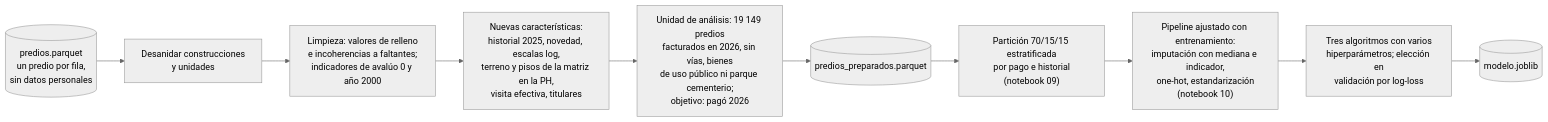
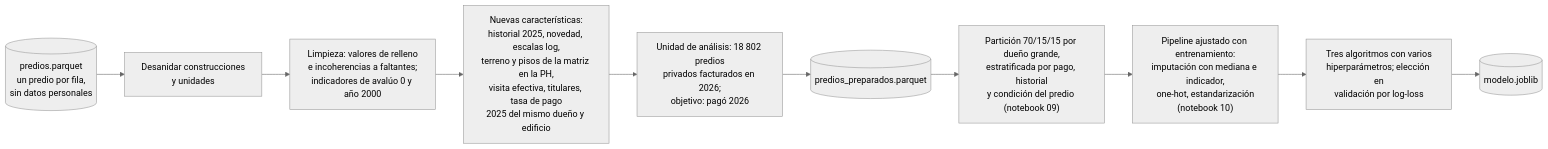
One commit to Danielfts/proyecto-MINE-ciencia-de-datos changed the diagram in entrega-2/diagramas/preparacion.mmd. Above: the diagram before and after it, drawn with Mermaid (neutral theme). The commit also changed 6 other files, not shown here.

First line of the commit message:
Parte los datos por dueño y corrige los hallazgos de la revisión del modelado

```diff
--- a/entrega-2/diagramas/preparacion.mmd
+++ b/entrega-2/diagramas/preparacion.mmd
@@ -1,12 +1,12 @@
 %% Diagrama de bloques de la preparación de datos (actividad 8, recomendado).
 %% Sigue lo que hacen los notebooks 08 (preparación), 09 (partición) y 10 (pipeline).
 flowchart LR
   A[("predios.parquet<br/>un predio por fila,<br/>sin datos personales")] --> B["Desanidar construcciones<br/>y unidades"]
   B --> C["Limpieza: valores de relleno<br/>e incoherencias a faltantes;<br/>indicadores de avalúo 0 y año 2000"]
-  C --> D["Nuevas características:<br/>historial 2025, novedad, escalas log,<br/>terreno y pisos de la matriz en la PH,<br/>visita efectiva, titulares"]
-  D --> E["Unidad de análisis: 19 149 predios<br/>facturados en 2026, sin vías, bienes<br/>de uso público ni parque cementerio;<br/>objetivo: pagó 2026"]
+  C --> D["Nuevas características:<br/>historial 2025, novedad, escalas log,<br/>terreno y pisos de la matriz en la PH,<br/>visita efectiva, titulares, tasa de pago<br/>2025 del mismo dueño y edificio"]
+  D --> E["Unidad de análisis: 18 802 predios<br/>privados facturados en 2026;<br/>objetivo: pagó 2026"]
   E --> F[("predios_preparados.parquet")]
-  F --> G["Partición 70/15/15 estratificada<br/>por pago e historial<br/>(notebook 09)"]
+  F --> G["Partición 70/15/15 por dueño grande,<br/>estratificada por pago, historial<br/>y condición del predio (notebook 09)"]
   G --> H["Pipeline ajustado con entrenamiento:<br/>imputación con mediana e indicador,<br/>one-hot, estandarización<br/>(notebook 10)"]
   H --> I["Tres algoritmos con varios<br/>hiperparámetros; elección en<br/>validación por log-loss"]
   I --> J[("modelo.joblib")]
```
